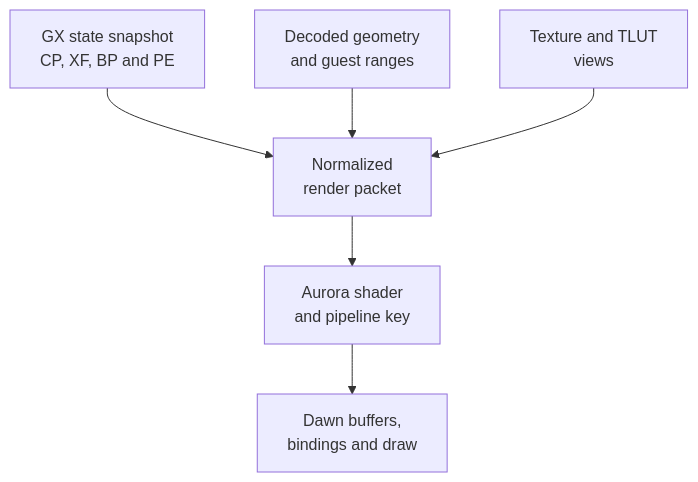
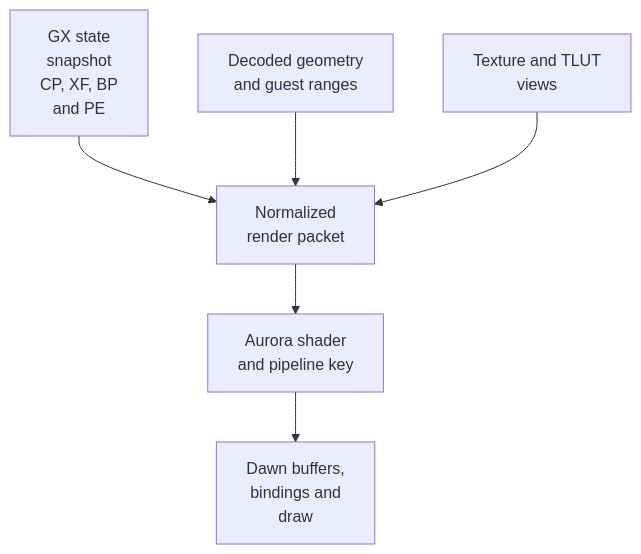
The tenth of 11 diagrams in docs/architecture/Graphics.md (Aelbannan/boat_of_daphnes), drawn with Mermaid before and after one commit. The commit also changed other lines of this file, not shown here.

Commit message:
Wrap Graphics labels more tightly

````diff
--- a/docs/architecture/Graphics.md
+++ b/docs/architecture/Graphics.md
@@ -602,14 +602,14 @@
 ```mermaid
 flowchart TD
-    State["GX state snapshot<br>CP, XF, BP and PE"]
+    State["GX state<br>snapshot<br>CP, XF, BP<br>and PE"]
     Geometry["Decoded geometry<br>and guest ranges"]
     Resources["Texture and TLUT<br>views"]
     Packet["Normalized<br>render packet"]
     Pipeline["Aurora shader<br>and pipeline key"]
-    Commands["Dawn buffers,<br>bindings and draw"]
+    Commands["Dawn buffers,<br>bindings and<br>draw"]
 
     State --> Packet
     Geometry --> Packet
     Resources --> Packet
     Packet --> Pipeline --> Commands
 ```
````
